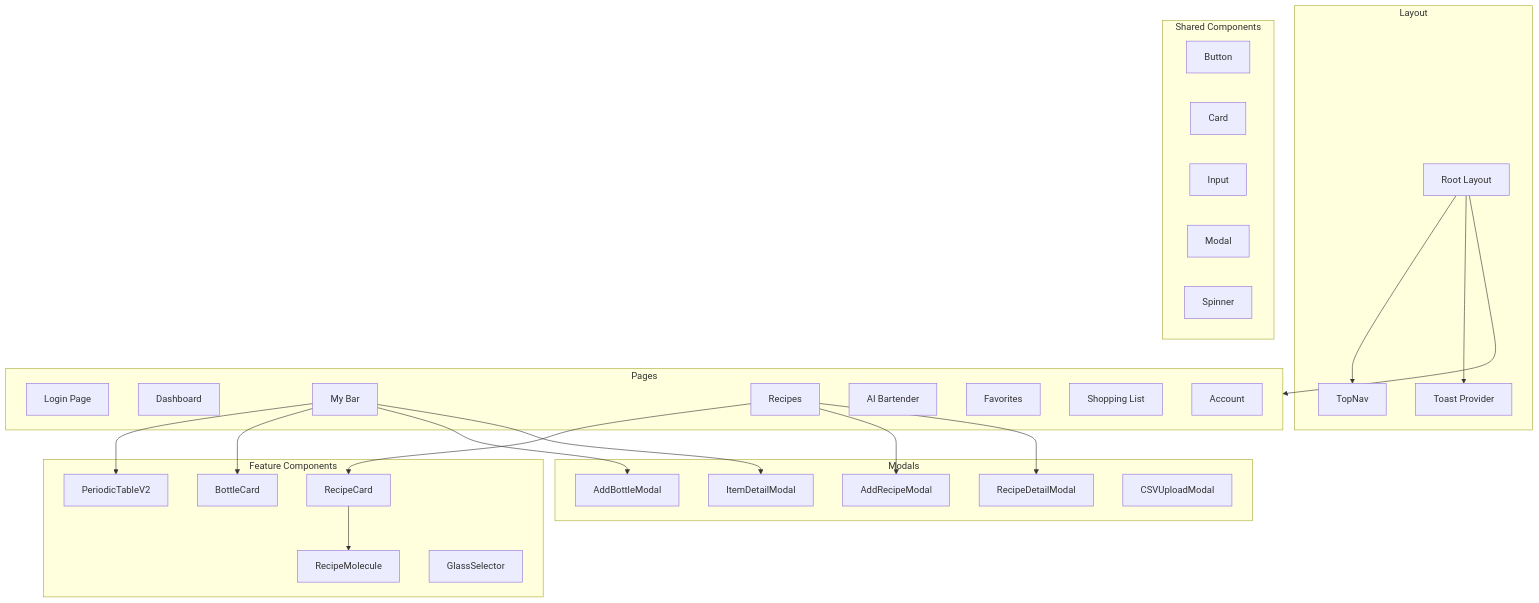
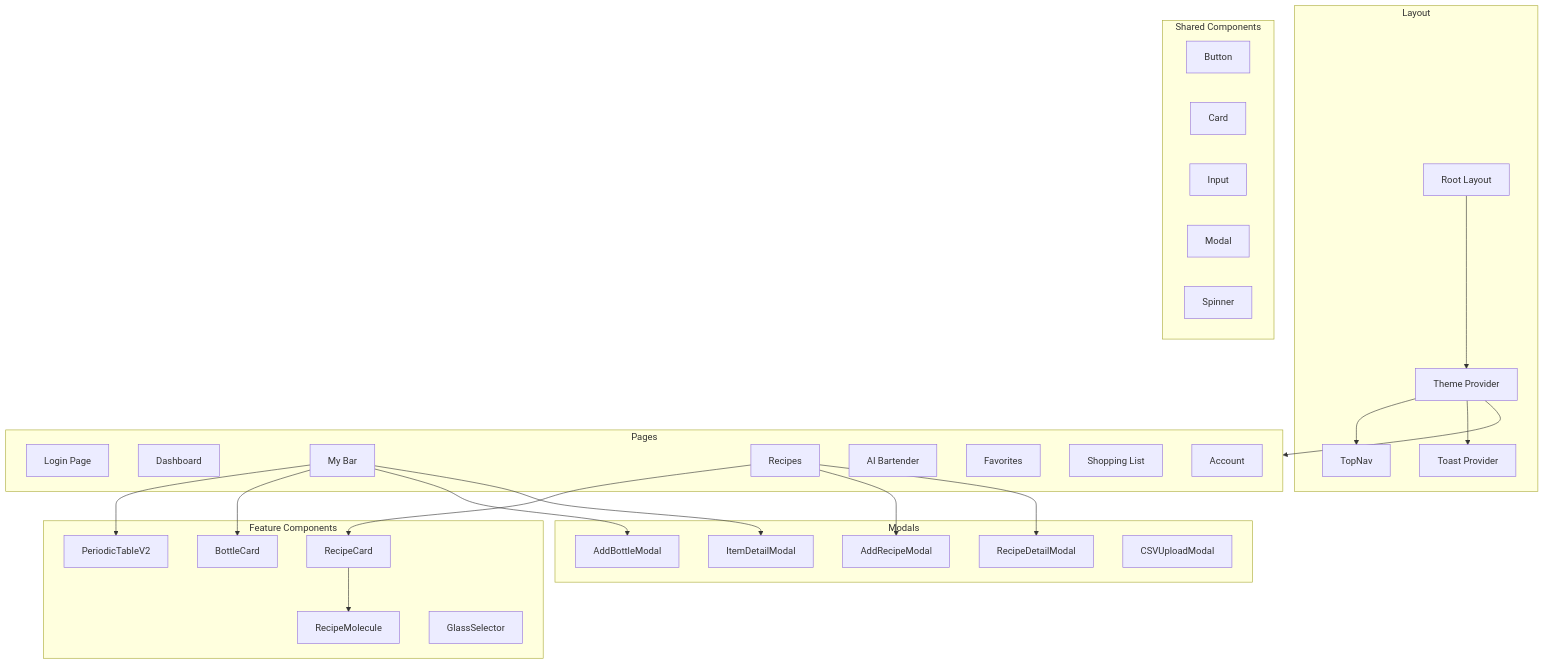
The third of 12 diagrams in Documentation/ARCHITECTURE.md (JLawMcGraw/alchemix), drawn with Mermaid before and after one commit. The commit also changed other lines of this file and 48 other files, not shown here.

First line of the commit message:
feat: global ThemeProvider and comprehensive dark mode fixes

````diff
--- a/Documentation/ARCHITECTURE.md
+++ b/Documentation/ARCHITECTURE.md
@@ -291,58 +293,60 @@
 ```mermaid
 graph TD
     subgraph Layout
         RootLayout[Root Layout]
+        ThemeProvider[Theme Provider]
         TopNav[TopNav]
         ToastProvider[Toast Provider]
     end
 
     subgraph Pages
         Login[Login Page]
         Dashboard[Dashboard]
         Bar[My Bar]
         Recipes[Recipes]
         AI[AI Bartender]
         Favorites[Favorites]
         Shopping[Shopping List]
         Account[Account]
     end
 
     subgraph SharedComponents["Shared Components"]
         Button[Button]
         Card[Card]
         Input[Input]
         Modal[Modal]
         Spinner[Spinner]
     end
 
     subgraph FeatureComponents["Feature Components"]
         BottleCard[BottleCard]
         RecipeCard[RecipeCard]
         PeriodicTable[PeriodicTableV2]
         RecipeMolecule[RecipeMolecule]
         GlassSelector[GlassSelector]
     end
 
     subgraph Modals
         AddBottle[AddBottleModal]
         AddRecipe[AddRecipeModal]
         ItemDetail[ItemDetailModal]
         RecipeDetail[RecipeDetailModal]
         CSVUpload[CSVUploadModal]
     end
 
-    RootLayout --> TopNav
-    RootLayout --> ToastProvider
-    RootLayout --> Pages
+    RootLayout --> ThemeProvider
+    ThemeProvider --> TopNav
+    ThemeProvider --> ToastProvider
+    ThemeProvider --> Pages
 
     Bar --> PeriodicTable
     Bar --> BottleCard
     Bar --> AddBottle
     Bar --> ItemDetail
 
     Recipes --> RecipeCard
     Recipes --> AddRecipe
     Recipes --> RecipeDetail
 
     RecipeCard --> RecipeMolecule
 ```
````
